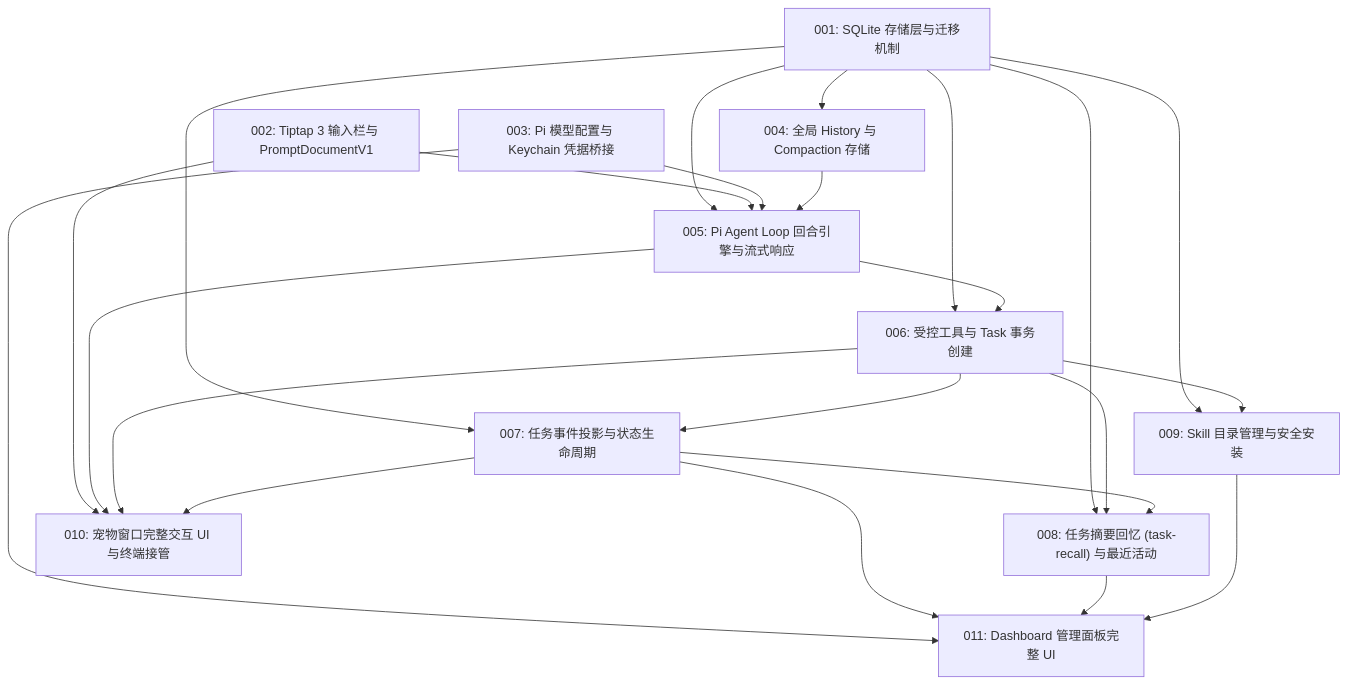
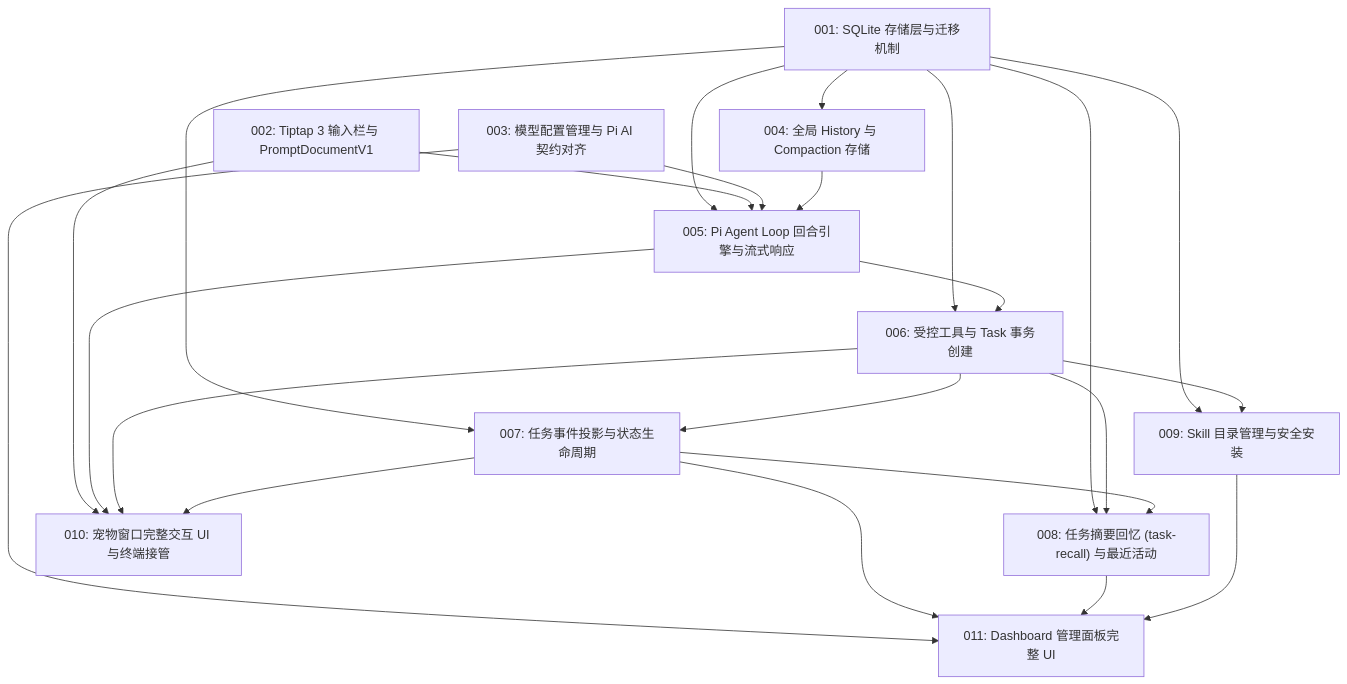
One commit to edisonLzy/Rover changed the diagram in docs/tickets/m2/README.md. Above: the diagram before and after it, drawn with Mermaid. The commit also changed other lines of this file and 20 other files, not shown here.

````diff
--- a/docs/tickets/m2/README.md
+++ b/docs/tickets/m2/README.md
@@ -10,44 +10,45 @@
 ```mermaid
 flowchart TD
   T001["001: SQLite 存储层与迁移机制"]
   T002["002: Tiptap 3 输入栏与 PromptDocumentV1"]
-  T003["003: Pi 模型配置与 Keychain 凭据桥接"]
+  T003["003: 模型配置管理与 Pi AI 契约对齐"]
 
   T004["004: 全局 History 与 Compaction 存储"]
   T001 --> T004
 
   T005["005: Pi Agent Loop 回合引擎与流式响应"]
   T001 --> T005
   T002 --> T005
   T003 --> T005
   T004 --> T005
+
 
   T006["006: 受控工具与 Task 事务创建"]
   T001 --> T006
   T005 --> T006
 
   T007["007: 任务事件投影与状态生命周期"]
   T001 --> T007
   T006 --> T007
 
   T008["008: 任务摘要回忆 (task-recall) 与最近活动"]
   T001 --> T008
   T006 --> T008
   T007 --> T008
 
   T009["009: Skill 目录管理与安全安装"]
   T001 --> T009
   T006 --> T009
 
   T010["010: 宠物窗口完整交互 UI 与终端接管"]
   T002 --> T010
   T005 --> T010
   T006 --> T010
   T007 --> T010
 
   T011["011: Dashboard 管理面板完整 UI"]
   T003 --> T011
   T007 --> T011
   T008 --> T011
   T009 --> T011
 ```
````
